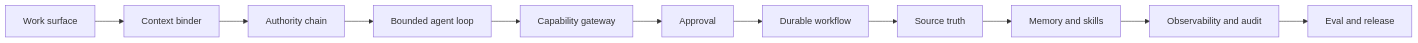
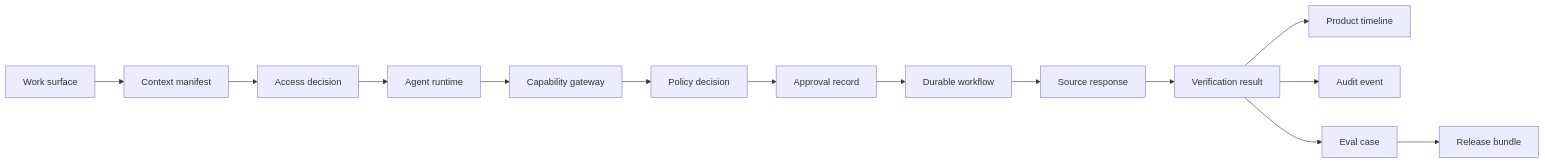
Before and after one commit to capableguptadotcom/agents-wiki: the diagram in wiki/index.qmd, drawn with Mermaid. The commit also changed other lines of this file and 15 other files, not shown here.

````diff
--- a/wiki/index.qmd
+++ b/wiki/index.qmd
@@ -26,13 +35,16 @@
 ```{mermaid}
 flowchart LR
-  A["Work surface"] --> B["Context binder"]
-  B --> C["Authority chain"]
-  C --> D["Bounded agent loop"]
-  D --> E["Capability gateway"]
-  E --> F["Approval"]
-  F --> G["Durable workflow"]
-  G --> H["Source truth"]
-  H --> I["Memory and skills"]
-  I --> J["Observability and audit"]
-  J --> K["Eval and release"]
+  Surface["Work surface"] --> Context["Context manifest"]
+  Context --> Access["Access decision"]
+  Access --> Runtime["Agent runtime"]
+  Runtime --> Gateway["Capability gateway"]
+  Gateway --> Policy["Policy decision"]
+  Policy --> Approval["Approval record"]
+  Approval --> Workflow["Durable workflow"]
+  Workflow --> Source["Source response"]
+  Source --> Verify["Verification result"]
+  Verify --> Timeline["Product timeline"]
+  Verify --> Audit["Audit event"]
+  Verify --> Eval["Eval case"]
+  Eval --> Release["Release bundle"]
 ```
````
